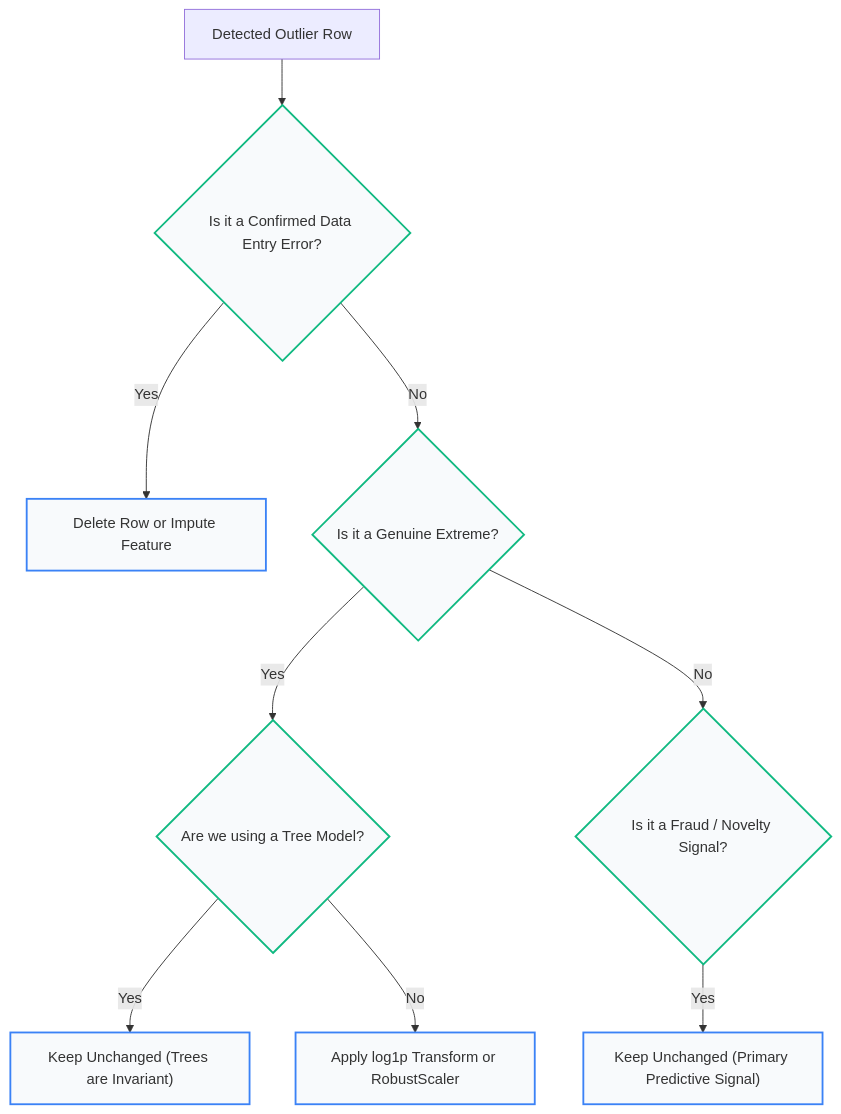
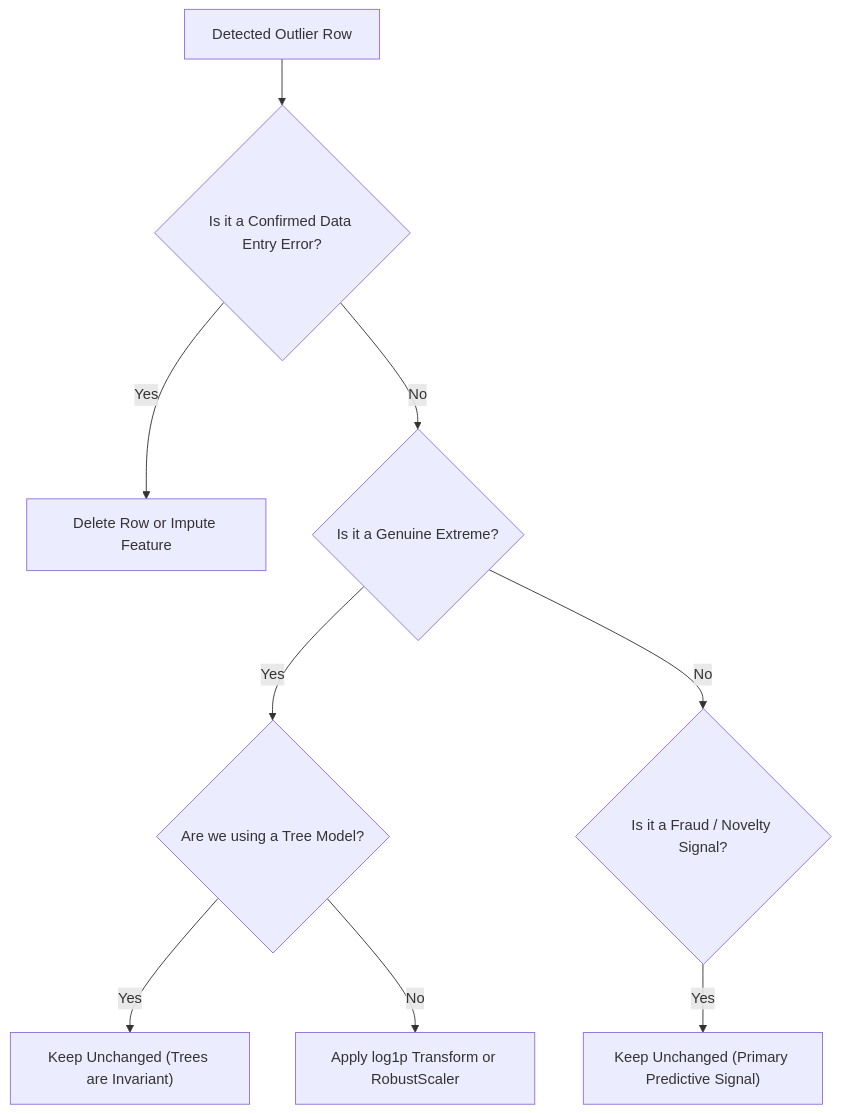
One commit to vettrivel-kl/vettrivel-kl.github.io changed the diagram in docs/Machine-Learning-Algorithms/02-data-preprocessing/05-outliers-and-feature-engineering.mdx. Above: the diagram before and after it, drawn with Mermaid. The commit also changed 51 other files, not shown here.

````diff
--- a/docs/Machine-Learning-Algorithms/02-data-preprocessing/05-outliers-and-feature-engineering.mdx
+++ b/docs/Machine-Learning-Algorithms/02-data-preprocessing/05-outliers-and-feature-engineering.mdx
@@ -432,17 +432,11 @@
 ```mermaid
 graph TD
-    classDef step fill:#f8fafc,stroke:#3b82f6,stroke-width:2px;
-    classDef choice fill:#f8fafc,stroke:#10b981,stroke-width:2px;
-
     A["Detected Outlier Row"] --> B{"Is it a Confirmed Data Entry Error?"}
     B -- "Yes" --> C["Delete Row or Impute Feature"]
     B -- "No" --> D{"Is it a Genuine Extreme?"}
     D -- "Yes" --> E{"Are we using a Tree Model?"}
     E -- "Yes" --> F["Keep Unchanged (Trees are Invariant)"]
     E -- "No" --> G["Apply log1p Transform or RobustScaler"]
     D -- "No" --> H{"Is it a Fraud / Novelty Signal?"}
     H -- "Yes" --> I["Keep Unchanged (Primary Predictive Signal)"]
-
-    class B,D,E,H choice;
-    class C,F,G,I step;
 ```
````
